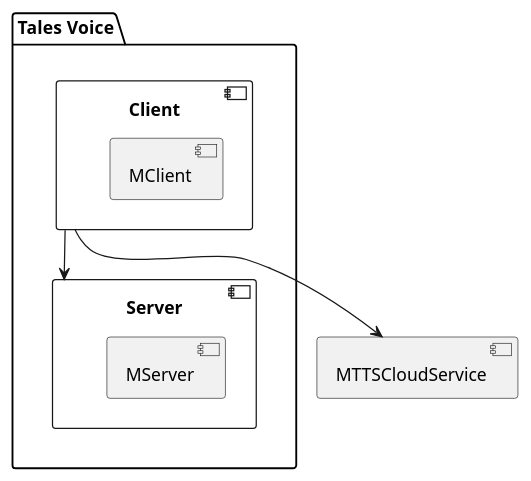
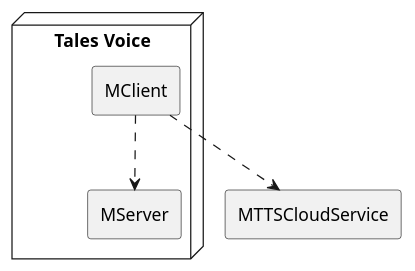
Before and after one commit to judy-juyeon-park/KTP522: the diagram in LV1_module.wsd, drawn with PlantUML. The commit also changed 1 other file, not shown here.

```diff
--- a/LV1_module.wsd
+++ b/LV1_module.wsd
@@ -1,23 +1,16 @@
-@startuml
+@startuml lv1_module
+skinparam componentStyle rectangle
 
-package "Tales Voice" {
-    [Client] 
-    [Server]
+node "Tales Voice" {
+    [MClient] 
+    [MServer]
 }
 
-component Client {
-   component "MClient" {
-}
-}
-
-component Server {
-   component "MServer" {
-}
-}
-
+component MClient 
+component MServer 
 component MTTSCloudService
 
-Client-->Server
-Client-->MTTSCloudService
+MClient ..> MServer
+MClient ..> MTTSCloudService
 
 @enduml
```
